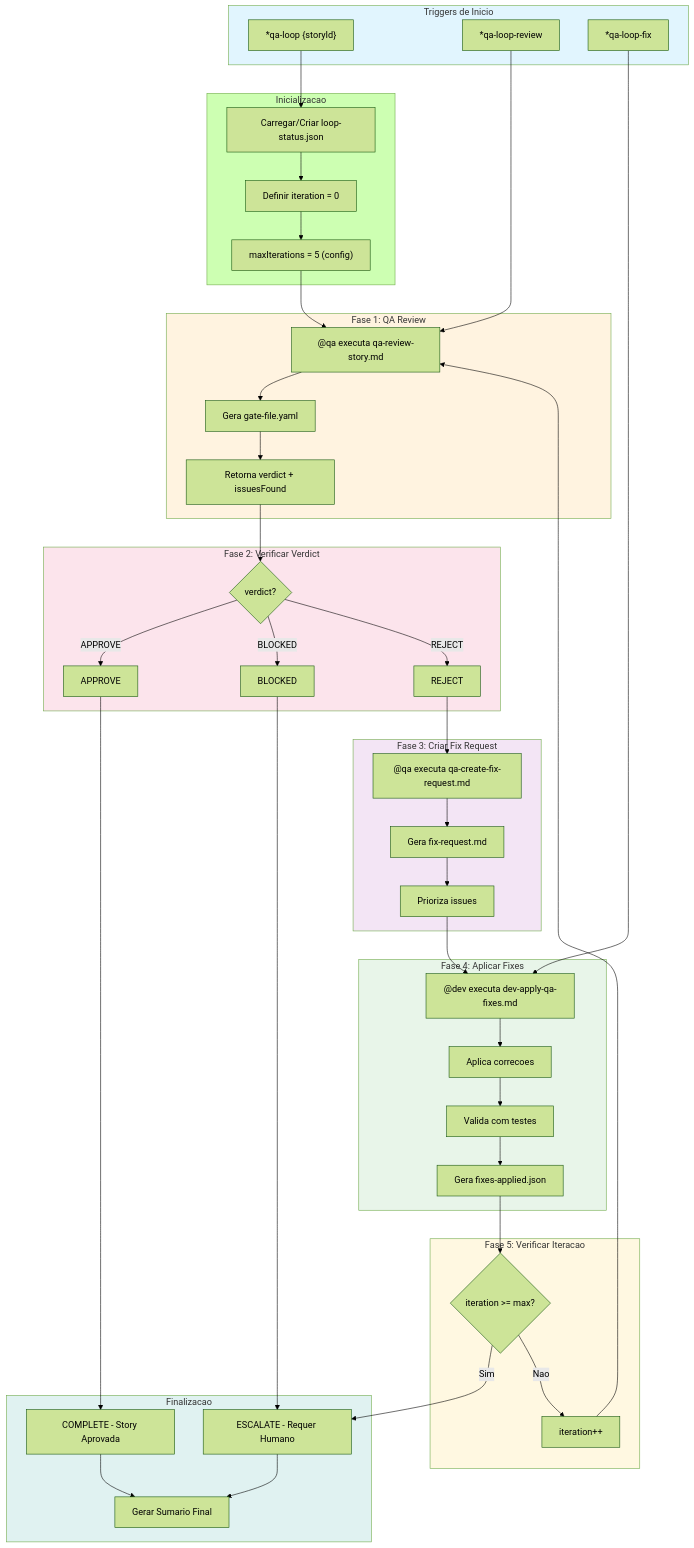
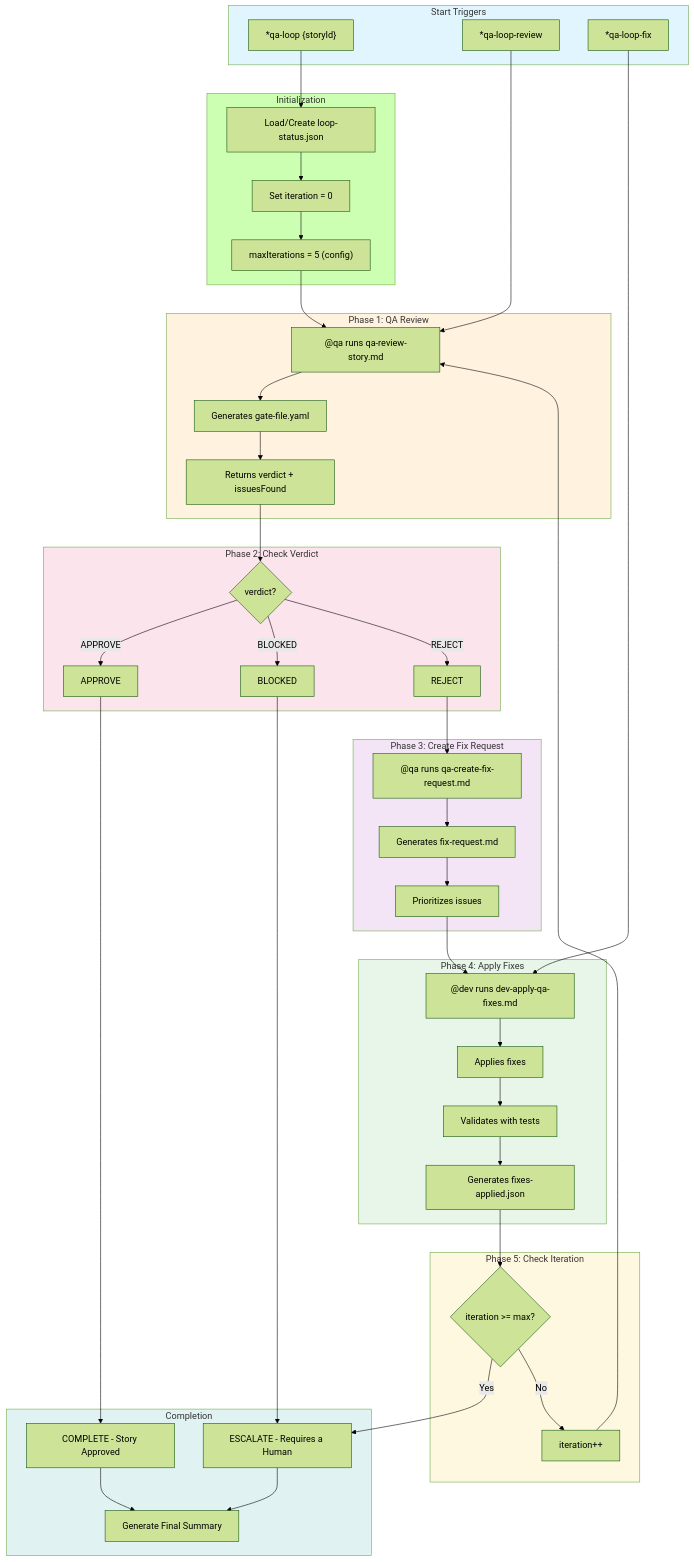
The first of 10 diagrams in docs/guides/workflows/QA-LOOP-WORKFLOW.md (CyryxLabs/AEXOS), drawn with Mermaid (forest theme) before and after one commit. The commit also changed other lines of this file and 528 other files, not shown here.

````diff
--- a/docs/guides/workflows/QA-LOOP-WORKFLOW.md
+++ b/docs/guides/workflows/QA-LOOP-WORKFLOW.md
@@ -60,52 +60,52 @@
 ```mermaid
 flowchart TD
-    subgraph TRIGGER["Triggers de Inicio"]
+    subgraph TRIGGER["Start Triggers"]
         T1["*qa-loop {storyId}"]
         T2["*qa-loop-review"]
         T3["*qa-loop-fix"]
     end
 
-    subgraph INIT["Inicializacao"]
-        I1["Carregar/Criar loop-status.json"]
-        I2["Definir iteration = 0"]
+    subgraph INIT["Initialization"]
+        I1["Load/Create loop-status.json"]
+        I2["Set iteration = 0"]
         I3["maxIterations = 5 (config)"]
     end
 
-    subgraph REVIEW["Fase 1: QA Review"]
-        R1["@qa executa qa-review-story.md"]
-        R2["Gera gate-file.yaml"]
-        R3["Retorna verdict + issuesFound"]
+    subgraph REVIEW["Phase 1: QA Review"]
+        R1["@qa runs qa-review-story.md"]
+        R2["Generates gate-file.yaml"]
+        R3["Returns verdict + issuesFound"]
     end
 
-    subgraph CHECK["Fase 2: Verificar Verdict"]
+    subgraph CHECK["Phase 2: Check Verdict"]
         C1{"verdict?"}
         C2["APPROVE"]
         C3["BLOCKED"]
         C4["REJECT"]
     end
 
-    subgraph FIX_REQ["Fase 3: Criar Fix Request"]
-        F1["@qa executa qa-create-fix-request.md"]
-        F2["Gera fix-request.md"]
-        F3["Prioriza issues"]
+    subgraph FIX_REQ["Phase 3: Create Fix Request"]
+        F1["@qa runs qa-create-fix-request.md"]
+        F2["Generates fix-request.md"]
+        F3["Prioritizes issues"]
     end
 
-    subgraph FIX["Fase 4: Aplicar Fixes"]
-        X1["@dev executa dev-apply-qa-fixes.md"]
-        X2["Aplica correcoes"]
-        X3["Valida com testes"]
-        X4["Gera fixes-applied.json"]
+    subgraph FIX["Phase 4: Apply Fixes"]
+        X1["@dev runs dev-apply-qa-fixes.md"]
+        X2["Applies fixes"]
+        X3["Validates with tests"]
+        X4["Generates fixes-applied.json"]
     end
 
-    subgraph ITER["Fase 5: Verificar Iteracao"]
+    subgraph ITER["Phase 5: Check Iteration"]
         IT1{"iteration >= max?"}
         IT2["iteration++"]
     end
 
-    subgraph END["Finalizacao"]
-        E1["COMPLETE - Story Aprovada"]
-        E2["ESCALATE - Requer Humano"]
-        E3["Gerar Sumario Final"]
+    subgraph END["Completion"]
+        E1["COMPLETE - Story Approved"]
+        E2["ESCALATE - Requires a Human"]
+        E3["Generate Final Summary"]
     end
 
     T1 --> I1
@@ -137,8 +137,8 @@
     X3 --> X4
     X4 --> IT1
 
-    IT1 --> |"Sim"| E2
-    IT1 --> |"Nao"| IT2
+    IT1 --> |"Yes"| E2
+    IT1 --> |"No"| IT2
     IT2 --> R1
 
     E1 --> E3
````
